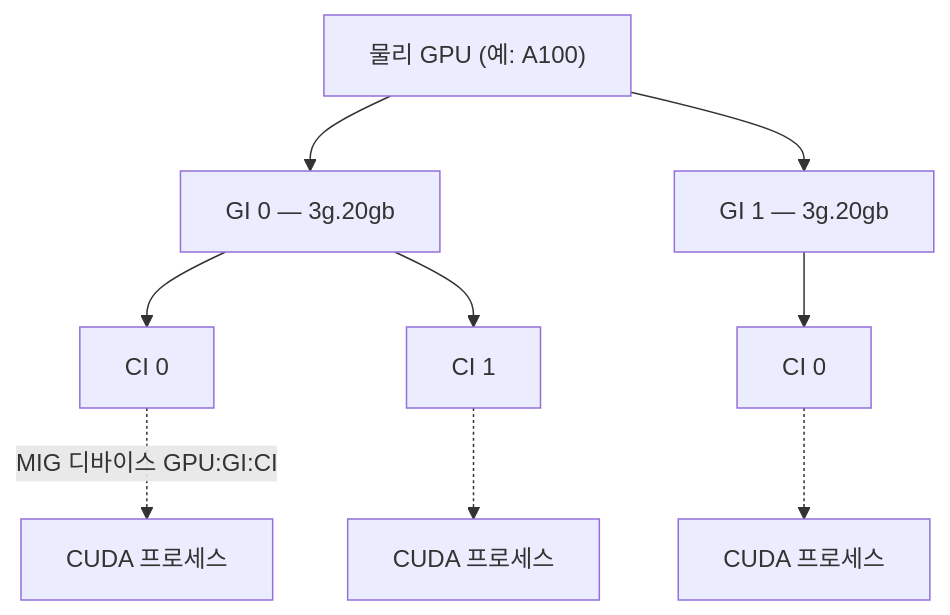
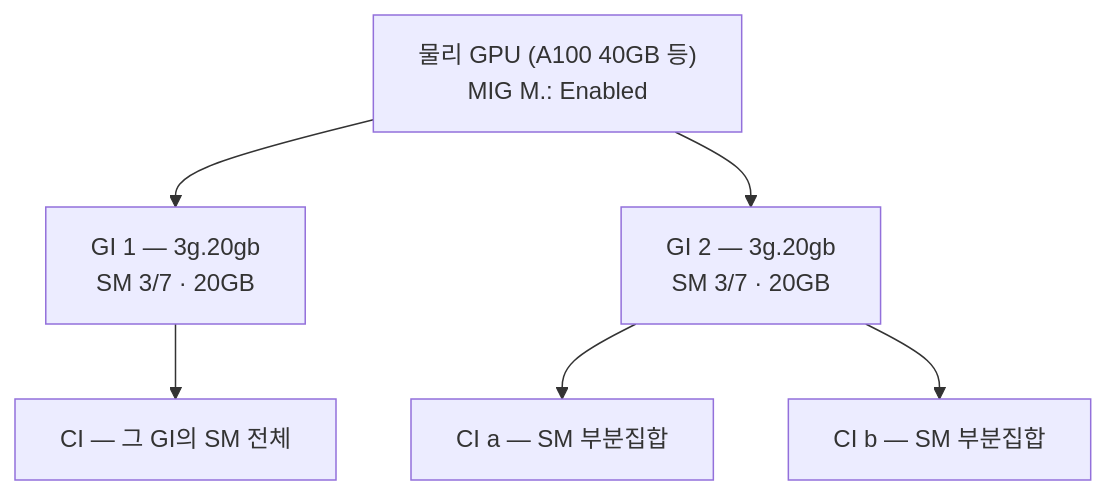
The second of 2 diagrams in _posts/2026-06-30-nvidia-smi.md (hongjeZZ/hongjeZZ.github.io), drawn with Mermaid before and after one commit. The commit also changed other lines of this file, not shown here.

````diff
--- a/_posts/2026-06-30-nvidia-smi.md
+++ b/_posts/2026-06-30-nvidia-smi.md
@@ -422,11 +442,15 @@
 ```mermaid
 flowchart TD
-    GPU["물리 GPU (예: A100)"] --> GI0["GI 0 — 3g.20gb"]
-    GPU --> GI1["GI 1 — 3g.20gb"]
-    GI0 --> CI00["CI 0"]
-    GI0 --> CI01["CI 1"]
-    GI1 --> CI10["CI 0"]
-    CI00 -.->|MIG 디바이스 GPU:GI:CI| P0["CUDA 프로세스"]
-    CI01 -.-> P1["CUDA 프로세스"]
-    CI10 -.-> P2["CUDA 프로세스"]
+    gpu["물리 GPU (A100 40GB 등)<br/>MIG M.: Enabled"]
+    gi1["GI 1 — 3g.20gb<br/>SM 3/7 · 20GB"]
+    gi2["GI 2 — 3g.20gb<br/>SM 3/7 · 20GB"]
+    ci1a["CI — 그 GI의 SM 전체"]
+    ci2a["CI a — SM 부분집합"]
+    ci2b["CI b — SM 부분집합"]
+
+    gpu --> gi1
+    gpu --> gi2
+    gi1 --> ci1a
+    gi2 --> ci2a
+    gi2 --> ci2b
 ```
````
